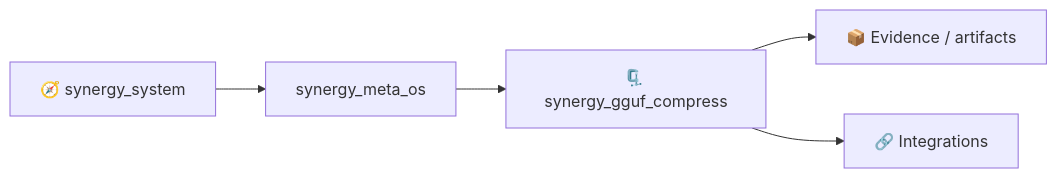
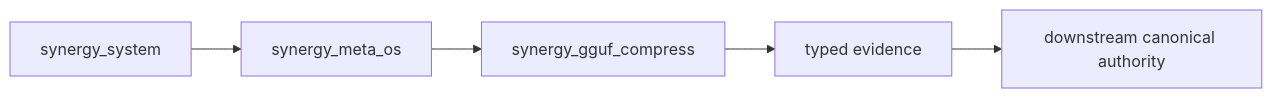
The second of 2 diagrams in README.md (Shtenco/synergy_gguf_compress), drawn with Mermaid before and after one commit. The commit also changed other lines of this file, not shown here.

````diff
--- a/README.md
+++ b/README.md
@@ -20,7 +139,7 @@
 ```mermaid
 flowchart LR
-    SYS[🧭 synergy_system] --> P[synergy_meta_os]
-    P --> THIS[🗜️ synergy_gguf_compress]
-    THIS --> E[📦 Evidence / artifacts]
-    THIS --> I[🔗 Integrations]
+    SYS[synergy_system] --> P[synergy_meta_os]
+    P --> THIS[synergy_gguf_compress]
+    THIS --> E[typed evidence]
+    E --> NEXT[downstream canonical authority]
 ```
````
